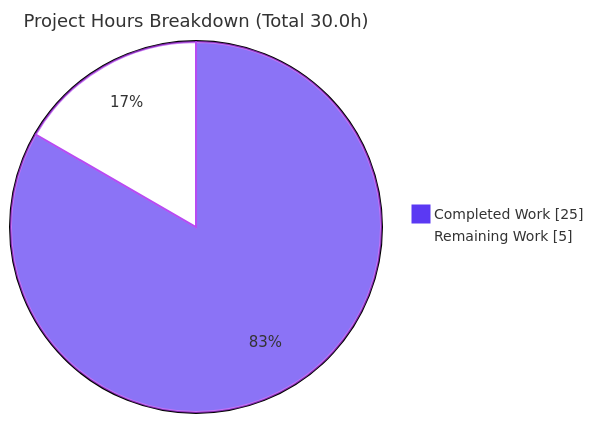
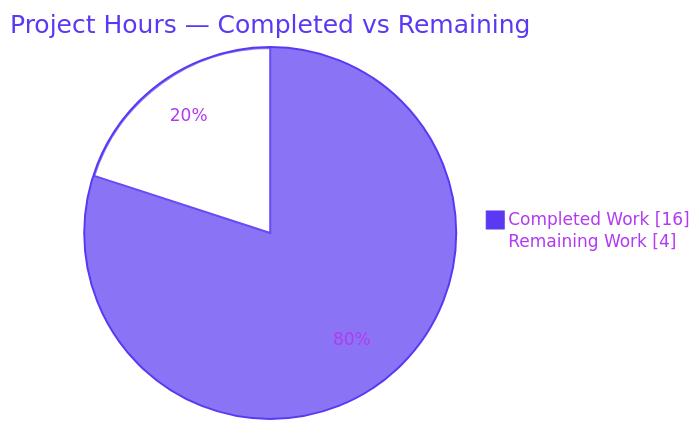
The second of 3 diagrams in blitzy/documentation/Project Guide.md (ajitblitzy/Society_mngt_300K_Nested), drawn with Mermaid before and after one commit. The commit also changed other lines of this file, not shown here.

Commit message:
Adding Blitzy Project Guide: Project Status and Human Tasks Remaining

````diff
--- a/blitzy/documentation/Project Guide.md
+++ b/blitzy/documentation/Project Guide.md
@@ -188,7 +180,6 @@
 ```mermaid
-%%{init: {'theme':'base', 'themeVariables': {'pie1':'#5B39F3','pie2':'#FFFFFF','pieStrokeColor':'#B23AF2','pieStrokeWidth':'2px','pieOuterStrokeWidth':'2px','pieTitleTextSize':'18px','pieSectionTextSize':'15px','pieLegendTextSize':'14px'}}}%%
-pie showData
-title Project Hours Breakdown (Total 30.0h)
-    "Completed Work" : 25
-    "Remaining Work" : 5
+%%{init: {'theme':'base','themeVariables':{'pie1':'#5B39F3','pie2':'#FFFFFF','pieStrokeColor':'#5B39F3','pieStrokeWidth':'2px','pieOuterStrokeColor':'#5B39F3','pieOuterStrokeWidth':'2px','pieSectionTextColor':'#B23AF2','pieTitleTextColor':'#5B39F3','pieLegendTextColor':'#B23AF2'}}}%%
+pie showData title Project Hours — Completed vs Remaining
+    "Completed Work" : 16
+    "Remaining Work" : 4
 ```
````
